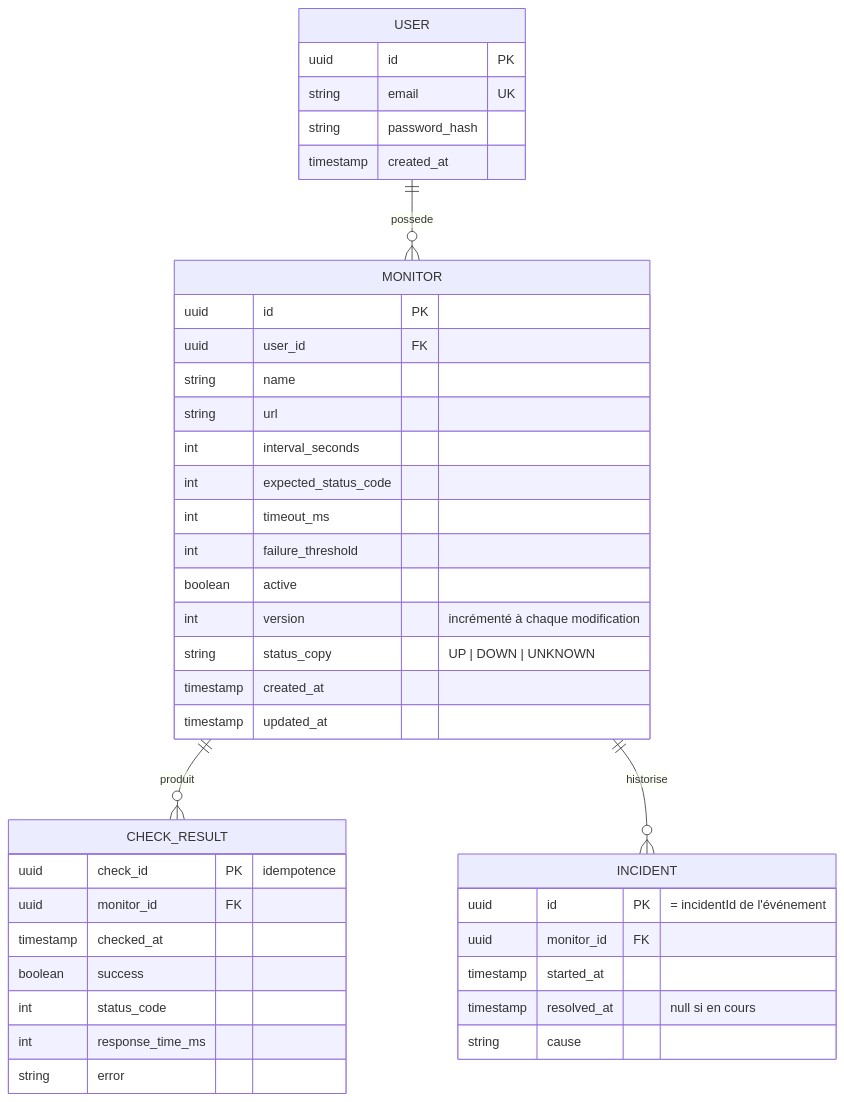
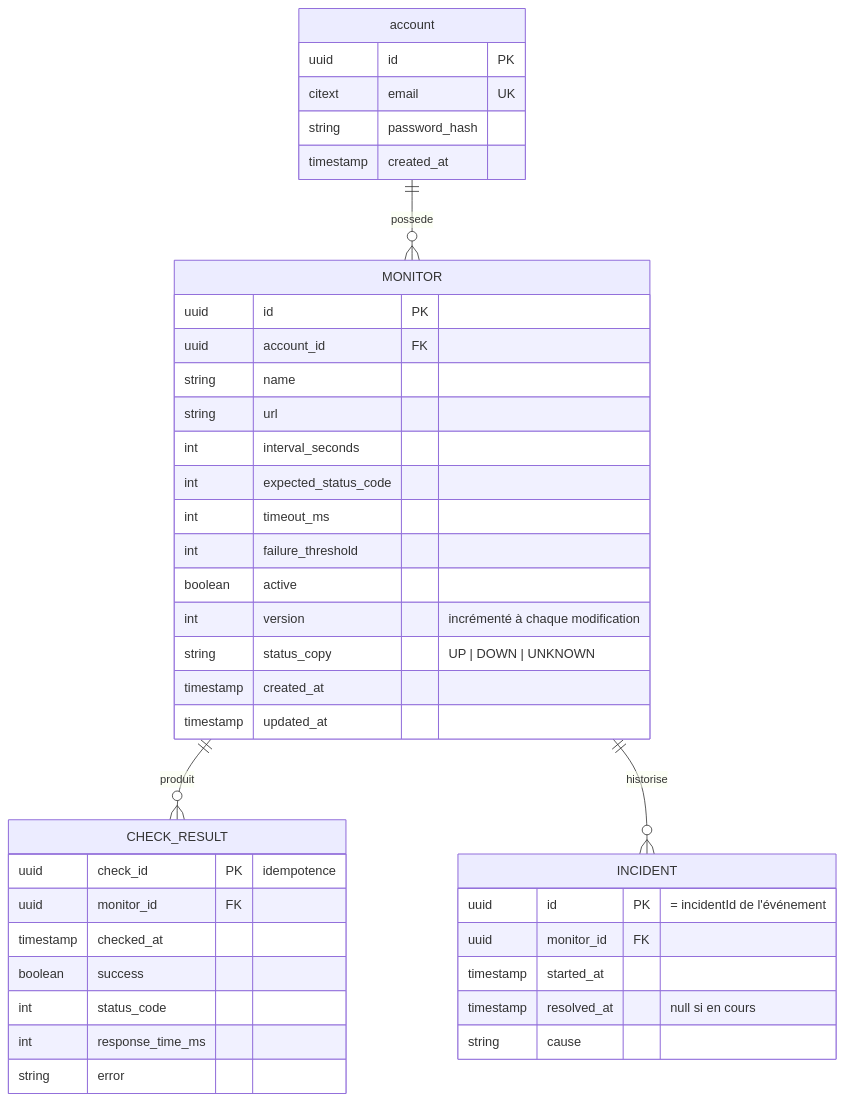
One commit to dylanhanique/sentinel changed the first of 3 diagrams in docs/data-model.md. Above: the diagram before and after it, drawn with Mermaid. The commit also changed other lines of this file and 4 other files, not shown here.

Commit message:
docs(data-model): rename user to account (SEN-2)

````diff
--- a/docs/data-model.md
+++ b/docs/data-model.md
@@ -7,44 +7,44 @@
 ```mermaid
 erDiagram
-    USER ||--o{ MONITOR : possede
+    account ||--o{ MONITOR : possede
     MONITOR ||--o{ CHECK_RESULT : produit
     MONITOR ||--o{ INCIDENT : historise
 
-    USER {
+    account {
         uuid id PK
-        string email UK
+        citext email UK
         string password_hash
         timestamp created_at
     }
     MONITOR {
         uuid id PK
-        uuid user_id FK
+        uuid account_id FK
         string name
         string url
         int interval_seconds
         int expected_status_code
         int timeout_ms
         int failure_threshold
         boolean active
         int version "incrémenté à chaque modification"
         string status_copy "UP | DOWN | UNKNOWN"
         timestamp created_at
         timestamp updated_at
     }
     CHECK_RESULT {
         uuid check_id PK "idempotence"
         uuid monitor_id FK
         timestamp checked_at
         boolean success
         int status_code
         int response_time_ms
         string error
     }
     INCIDENT {
         uuid id PK "= incidentId de l'événement"
         uuid monitor_id FK
         timestamp started_at
         timestamp resolved_at "null si en cours"
         string cause
     }
 ```
````
